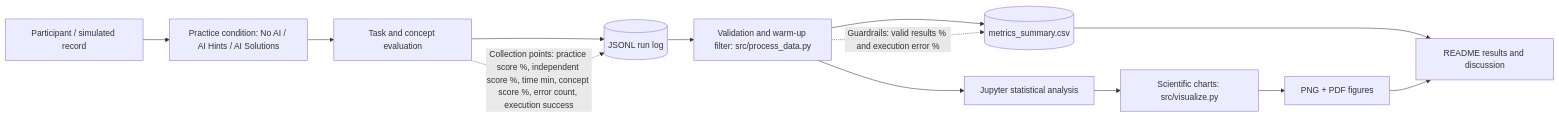
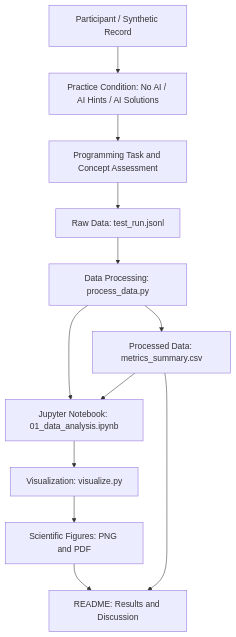
One commit to aitkalidariga/AI-Programming-Research-Team changed the diagram in docs/domain_model.md. Above: the diagram before and after it, drawn with Mermaid. The commit also changed other lines of this file, not shown here.

First line of the commit message:
Fix Task 3 C4 domain model diagram

````diff
--- a/docs/domain_model.md
+++ b/docs/domain_model.md
@@ -6,15 +16,25 @@
 ```mermaid
-flowchart LR
-    A[Participant / simulated record] --> B[Practice condition: No AI / AI Hints / AI Solutions]
-    B --> C[Task and concept evaluation]
-    C --> D[(JSONL run log)]
-    D --> E[Validation and warm-up filter: src/process_data.py]
-    E --> F[(metrics_summary.csv)]
-    E --> G[Jupyter statistical analysis]
-    G --> H[Scientific charts: src/visualize.py]
-    H --> I[PNG + PDF figures]
-    F --> J[README results and discussion]
+flowchart TD
+    A["Participant / Synthetic Record"]
+    B["Practice Condition: No AI / AI Hints / AI Solutions"]
+    C["Programming Task and Concept Assessment"]
+    D["Raw Data: test_run.jsonl"]
+    E["Data Processing: process_data.py"]
+    F["Processed Data: metrics_summary.csv"]
+    G["Jupyter Notebook: 01_data_analysis.ipynb"]
+    H["Visualization: visualize.py"]
+    I["Scientific Figures: PNG and PDF"]
+    J["README: Results and Discussion"]
+
+    A --> B
+    B --> C
+    C --> D
+    D --> E
+    E --> F
+    E --> G
+    F --> G
+    G --> H
+    H --> I
     I --> J
-    C -. "Collection points: practice score %, independent score %, time min, concept score %, error count, execution success" .-> D
-    E -. "Guardrails: valid results % and execution error %" .-> F
+    F --> J
 ```
````
